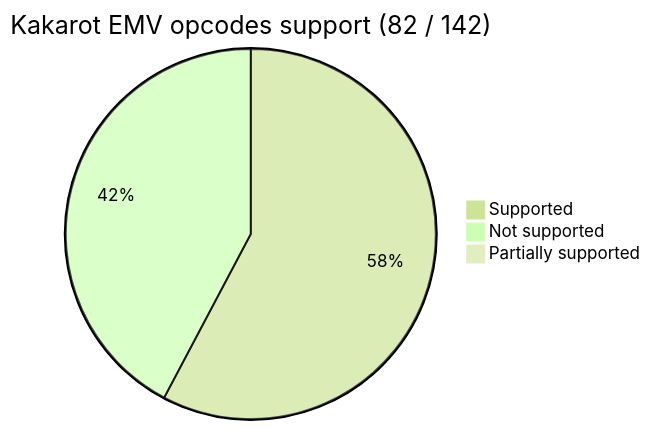
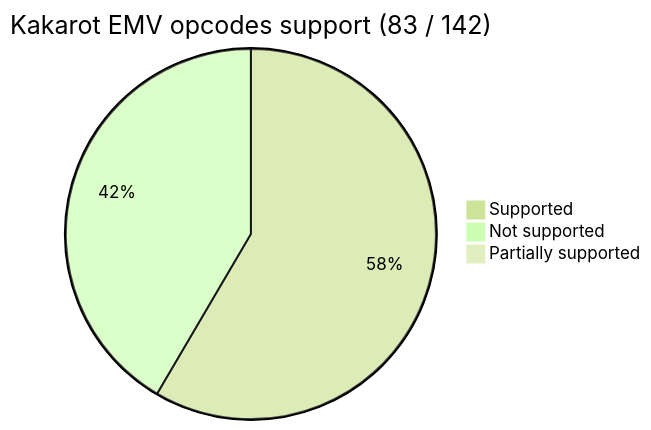
Before and after one commit to kkrt-labs/kakarot: the first of 2 diagrams in README.md, drawn with Mermaid. The commit also changed 7 other files, not shown here.

````diff
--- a/README.md
+++ b/README.md
@@ -39,7 +39,7 @@
 ```mermaid
 %%{init: {'theme': 'forest', 'themeVariables': { 'darkMode': 'false'}}}%%
-pie title Kakarot EMV opcodes support (82 / 142)
-    "Supported" : 82
-    "Not supported" : 60
+pie title Kakarot EMV opcodes support (83 / 142)
+    "Supported" : 83
+    "Not supported" : 59
     "Partially supported" : 0
 ```
````
